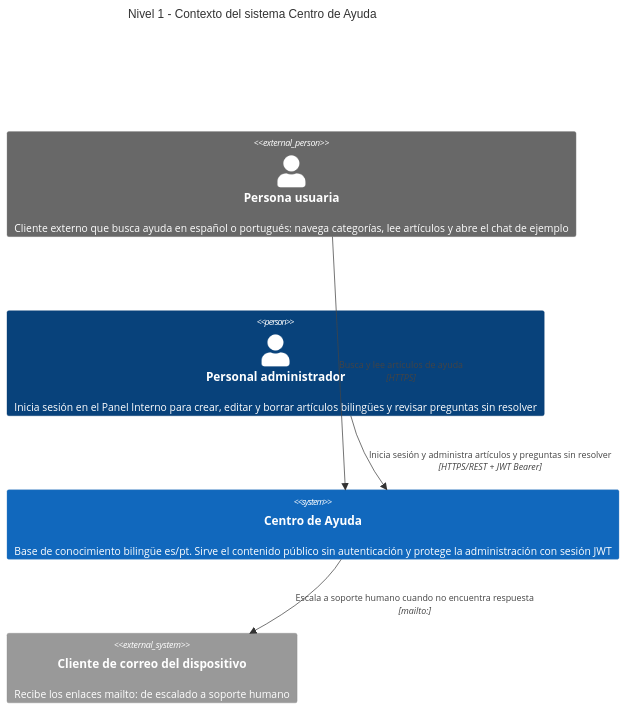
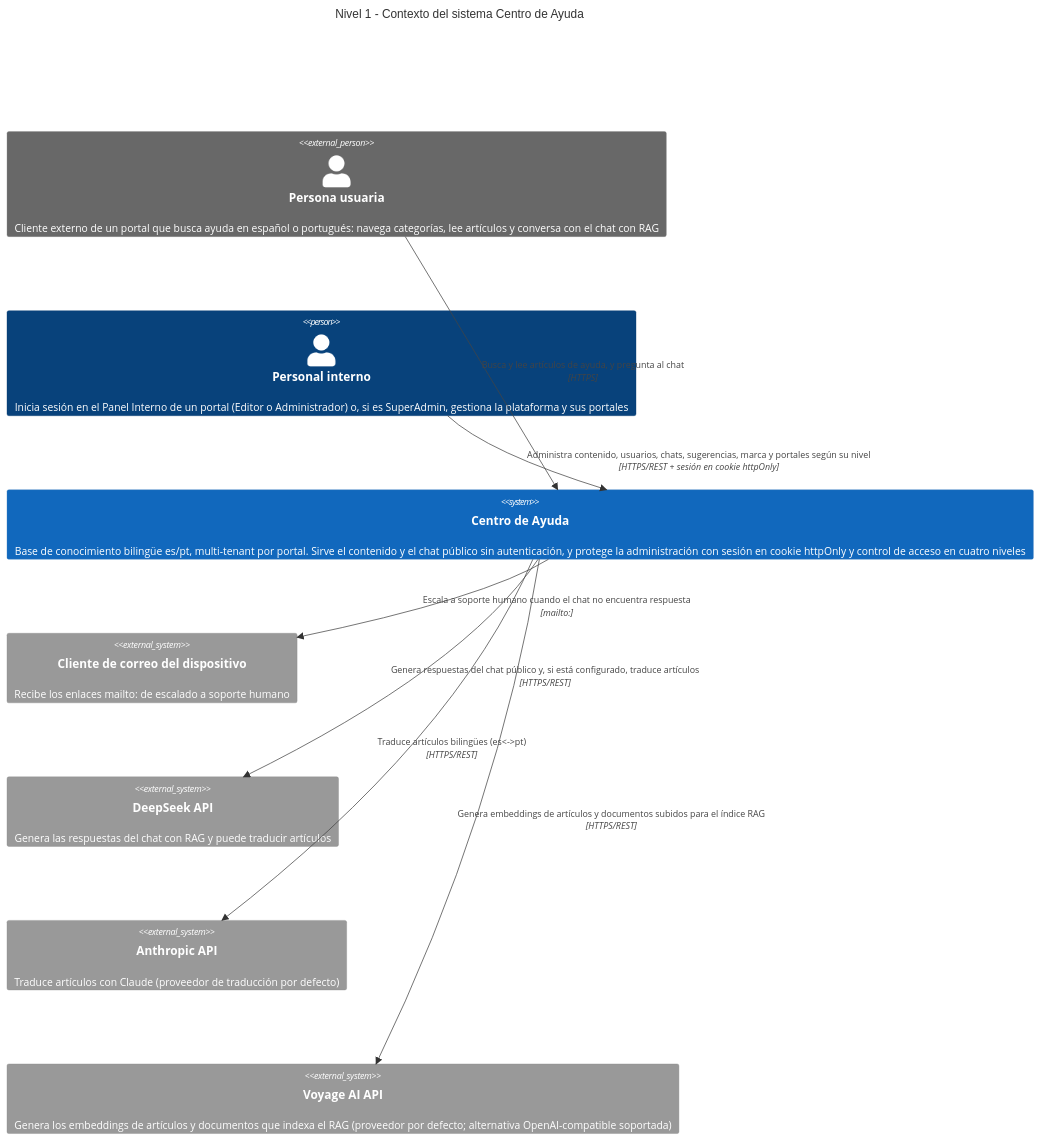
One commit to BIOS-AI-2026-A1/entregable-2-jorge-lopez changed the diagram in docs/architecture/c4-level1-context.md. Above: the diagram before and after it, drawn with Mermaid. The commit also changed other lines of this file and 18 other files, not shown here.

Commit message:
Actualización de Documentacion, incluye: CLAUDE.md, api/README.md, app/README.md, Arquitectura: ARD, C4 nivel 1 y 2, SDD, Prompts

````diff
--- a/docs/architecture/c4-level1-context.md
+++ b/docs/architecture/c4-level1-context.md
@@ -30,20 +33,26 @@
 ```mermaid
 C4Context
     title Nivel 1 - Contexto del sistema Centro de Ayuda
 
-    Person_Ext(personaUsuaria, "Persona usuaria", "Cliente externo que busca ayuda en español o portugués: navega categorías, lee artículos y abre el chat de ejemplo")
-    Person(administrador, "Personal administrador", "Inicia sesión en el Panel Interno para crear, editar y borrar artículos bilingües y revisar preguntas sin resolver")
+    Person_Ext(personaUsuaria, "Persona usuaria", "Cliente externo de un portal que busca ayuda en español o portugués: navega categorías, lee artículos y conversa con el chat con RAG")
+    Person(personalInterno, "Personal interno", "Inicia sesión en el Panel Interno de un portal (Editor o Administrador) o, si es SuperAdmin, gestiona la plataforma y sus portales")
 
-    System(centroAyuda, "Centro de Ayuda", "Base de conocimiento bilingüe es/pt. Sirve el contenido público sin autenticación y protege la administración con sesión JWT")
+    System(centroAyuda, "Centro de Ayuda", "Base de conocimiento bilingüe es/pt, multi-tenant por portal. Sirve el contenido y el chat público sin autenticación, y protege la administración con sesión en cookie httpOnly y control de acceso en cuatro niveles")
 
     System_Ext(clienteCorreo, "Cliente de correo del dispositivo", "Recibe los enlaces mailto: de escalado a soporte humano")
+    System_Ext(deepseek, "DeepSeek API", "Genera las respuestas del chat con RAG y puede traducir artículos")
+    System_Ext(anthropic, "Anthropic API", "Traduce artículos con Claude (proveedor de traducción por defecto)")
+    System_Ext(voyage, "Voyage AI API", "Genera los embeddings de artículos y documentos que indexa el RAG (proveedor por defecto; alternativa OpenAI-compatible soportada)")
 
-    Rel(personaUsuaria, centroAyuda, "Busca y lee artículos de ayuda", "HTTPS")
-    Rel(administrador, centroAyuda, "Inicia sesión y administra artículos y preguntas sin resolver", "HTTPS/REST + JWT Bearer")
-    Rel(centroAyuda, clienteCorreo, "Escala a soporte humano cuando no encuentra respuesta", "mailto:")
+    Rel(personaUsuaria, centroAyuda, "Busca y lee artículos de ayuda, y pregunta al chat", "HTTPS")
+    Rel(personalInterno, centroAyuda, "Administra contenido, usuarios, chats, sugerencias, marca y portales según su nivel", "HTTPS/REST + sesión en cookie httpOnly")
+    Rel(centroAyuda, clienteCorreo, "Escala a soporte humano cuando el chat no encuentra respuesta", "mailto:")
+    Rel(centroAyuda, deepseek, "Genera respuestas del chat público y, si está configurado, traduce artículos", "HTTPS/REST")
+    Rel(centroAyuda, anthropic, "Traduce artículos bilingües (es<->pt)", "HTTPS/REST")
+    Rel(centroAyuda, voyage, "Genera embeddings de artículos y documentos subidos para el índice RAG", "HTTPS/REST")
 
     %% TODO: confirmar - dirección de soporte. Ver la sección "Pendiente de confirmar"
     %% TODO: confirmar - despliegue público. Ver la sección "Pendiente de confirmar"
 
     UpdateLayoutConfig($c4ShapeInRow="2", $c4BoundaryInRow="1")
 ```
````
